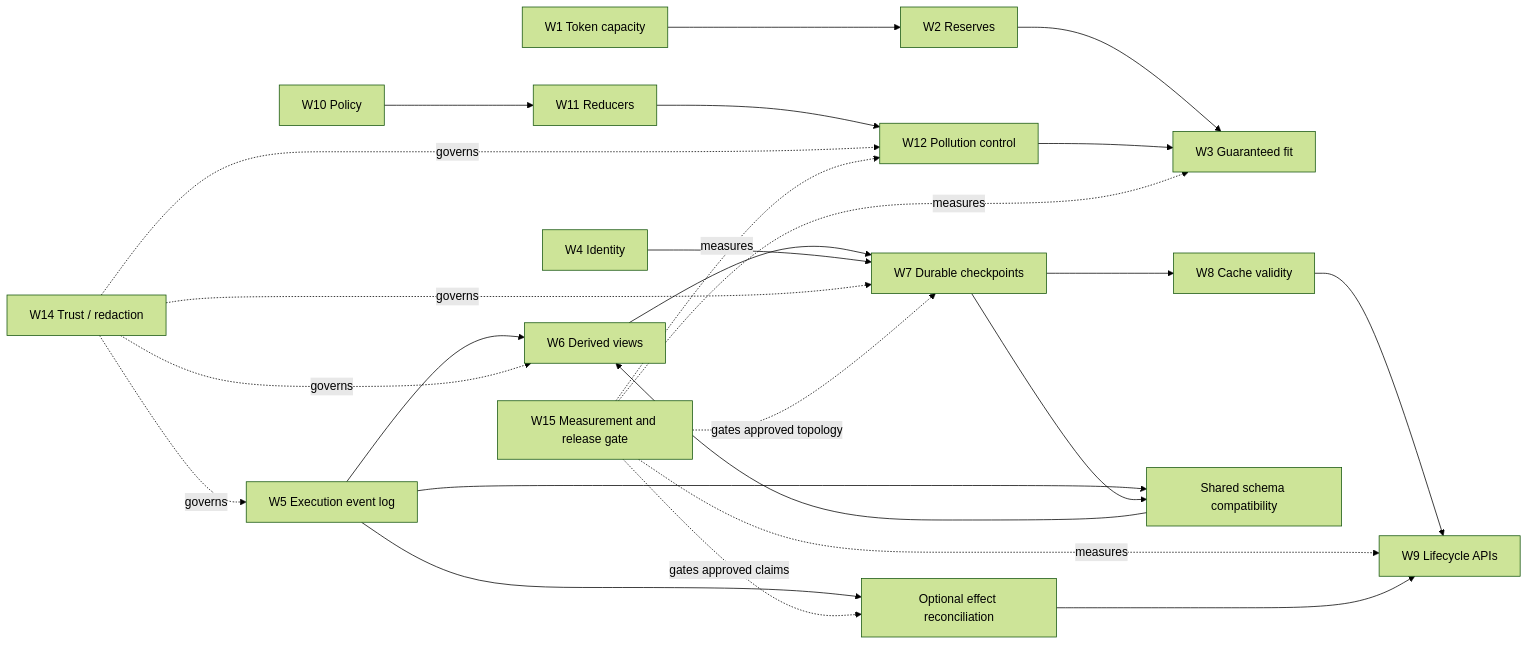
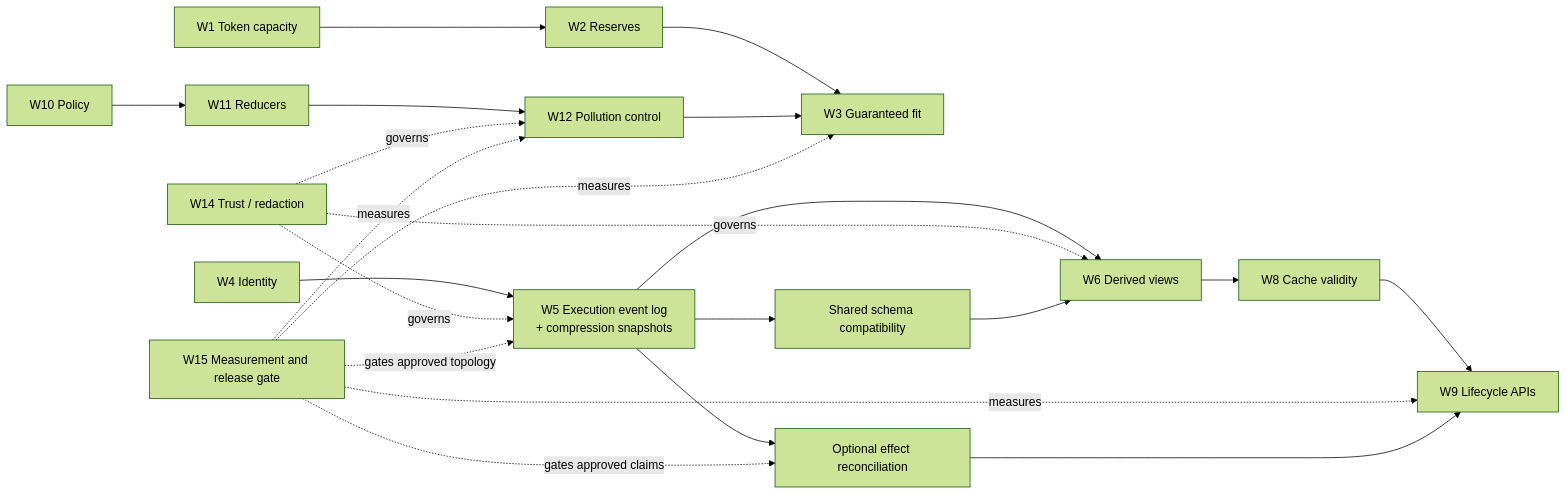
Before and after one commit to ModelEngine-Group/nexent: the sixth of 6 diagrams in doc/working/context-management-workstreams/context-management-production-plan.md, drawn with Mermaid (forest theme). The commit also changed other lines of this file and 13 other files, not shown here.

First line of the commit message:
docs: retire W7, merge checkpoints into W5 as compression.snapshot events

````diff
--- a/doc/working/context-management-workstreams/context-management-production-plan.md
+++ b/doc/working/context-management-workstreams/context-management-production-plan.md
@@ -1179,20 +1180,17 @@
 ```mermaid
 flowchart LR
     W1["W1 Token capacity"] --> W2["W2 Reserves"] --> W3["W3 Guaranteed fit"]
-    W5["W5 Execution event log"] --> W6["W6 Derived views"] --> W7["W7 Durable checkpoints"]
-    W7 --> W8["W8 Cache validity"] --> W9["W9 Lifecycle APIs"]
-    W4["W4 Identity"] --> W7
+    W5["W5 Execution event log<br/>+ compression snapshots"] --> W6["W6 Derived views"] --> W8["W8 Cache validity"] --> W9["W9 Lifecycle APIs"]
+    W4["W4 Identity"] --> W5
     W10["W10 Policy"] --> W11["W11 Reducers"] --> W12["W12 Pollution control"] --> W3
-    W14["W14 Trust / redaction"] -. governs .-> W7
-    W14 -. governs .-> W12
+    W14["W14 Trust / redaction"] -. governs .-> W12
     W14 -. governs .-> W5
     W14 -. governs .-> W6
     W15["W15 Measurement and release gate"] -. measures .-> W3
     W15 -. measures .-> W9
     W15 -. measures .-> W12
     W5 --> C1["Optional effect reconciliation"] --> W9
     W5 --> C2["Shared schema compatibility"] --> W6
-    W7 --> C2
     W15 -. gates approved claims .-> C1
-    W15 -. gates approved topology .-> W7
+    W15 -. gates approved topology .-> W5
 ```
````
